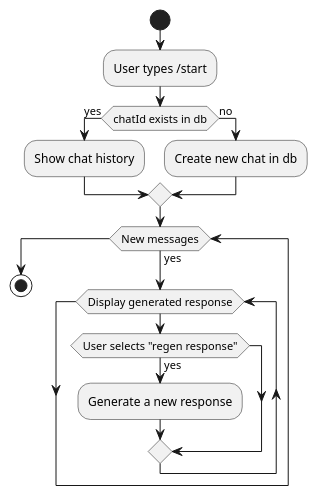
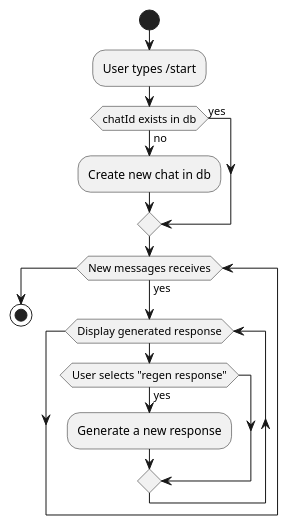
Before and after one commit to Seniuk-Vi/SpringTelegramAI: the diagram in docs/interaction.puml, drawn with PlantUML. The commit also changed 1 other file, not shown here.

```diff
--- a/docs/interaction.puml
+++ b/docs/interaction.puml
@@ -1,24 +1,23 @@
 @startuml
 
 start
 
 :User types /start;
 
 
 if (chatId exists in db) then (yes)
-  :Show chat history;
 else (no)
   :Create new chat in db;
 endif
 
-while (New messages) is (yes)
+while (New messages receives) is (yes)
   while (Display generated response)
     if (User selects "regen response") then (yes)
       :Generate a new response;
     endif
   endwhile
 endwhile
 
 stop
 
 @enduml
```
